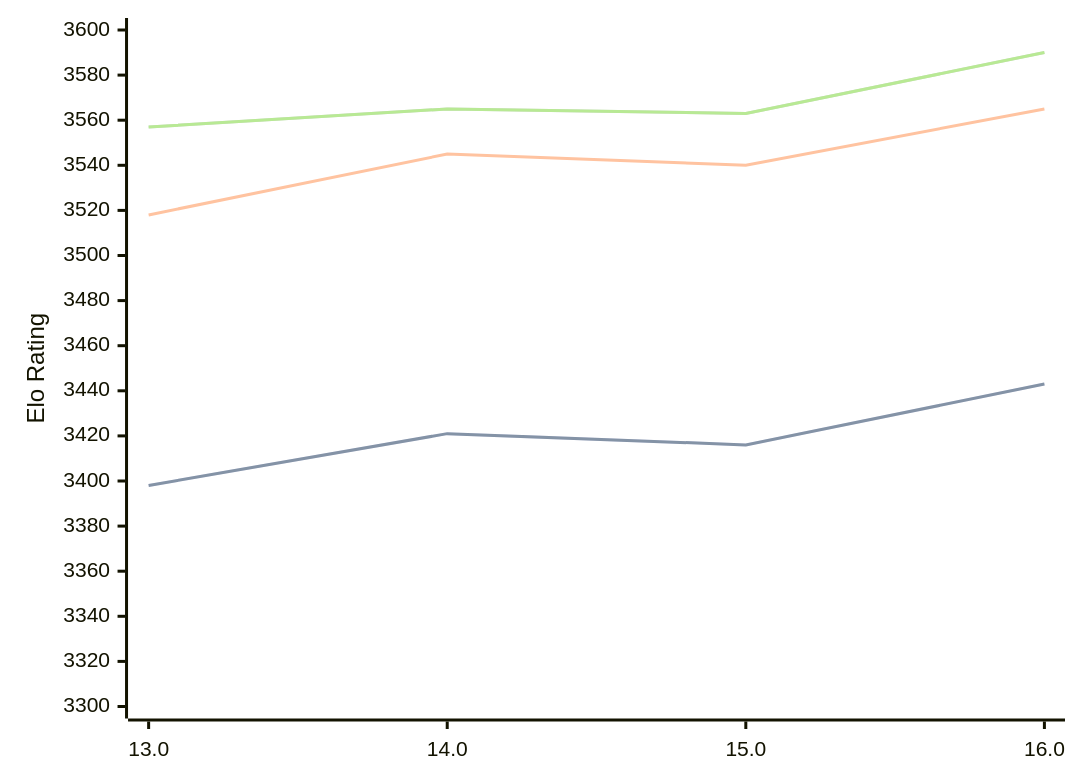
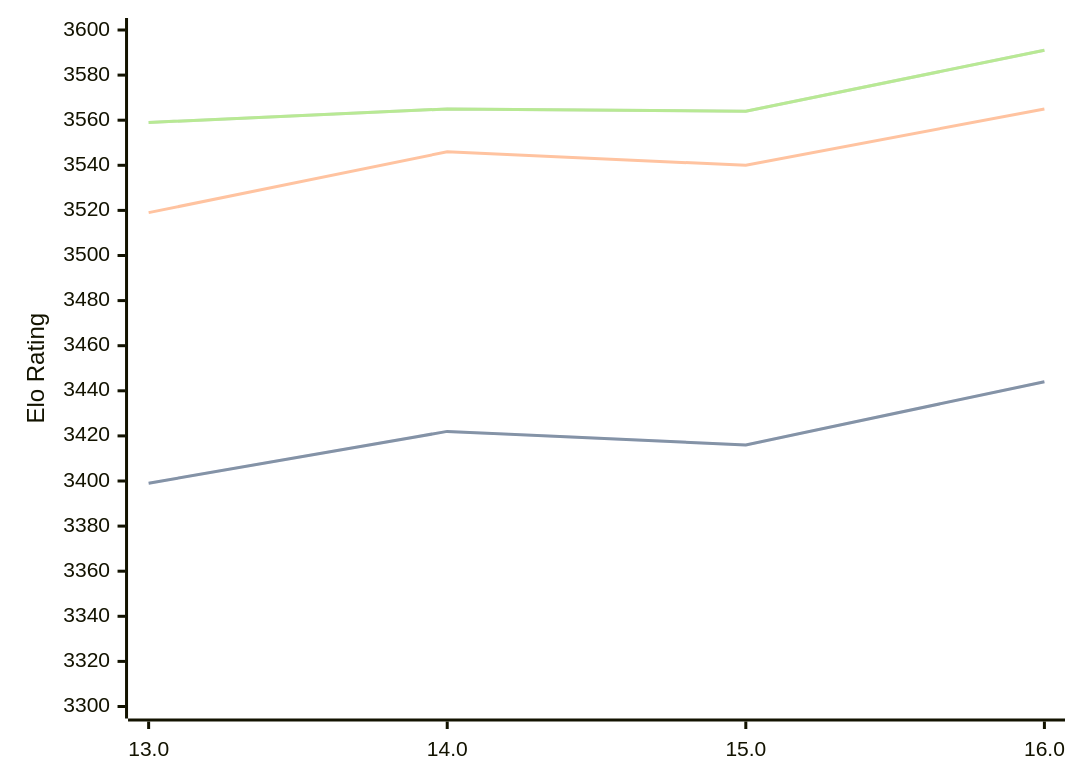
The diagram in engines/Obsidian.md (computer-chess-index/cci), drawn with Mermaid before and after one commit. The commit also changed other lines of this file, not shown here.

Commit message:
Update CCI Ratings (ELO VLTC) - 2026-09-16

````diff
--- a/engines/Obsidian.md
+++ b/engines/Obsidian.md
@@ -34,11 +34,11 @@
 ```mermaid
 %%{init: {"theme":"base","themeVariables":{"seriesColors:['#a3a3a3','#222221','#faa371']}}}%%
 xychart-beta
   x-axis ["13.0", "14.0", "15.0", "16.0"]
   y-axis "Elo Rating" 3300 --> 3600
-  line "" [3398, 3421, 3416, 3443]
-  line "STC (8.0+0.08s)" [3398, 3421, 3416, 3443]
-  line "LTC (60.0+0.60s)" [3518, 3545, 3540, 3565]
-  line "" [3557, 3565, 3563, 3590]
-  line "VLTC (2m24s+1.12s)" [3557, 3565, 3563, 3590]
+  line "" [3399, 3422, 3416, 3444]
+  line "STC (8.0+0.08s)" [3399, 3422, 3416, 3444]
+  line "LTC (60.0+0.60s)" [3519, 3546, 3540, 3565]
+  line "" [3559, 3565, 3564, 3591]
+  line "VLTC (2m24s+1.12s)" [3559, 3565, 3564, 3591]
 ```
````
